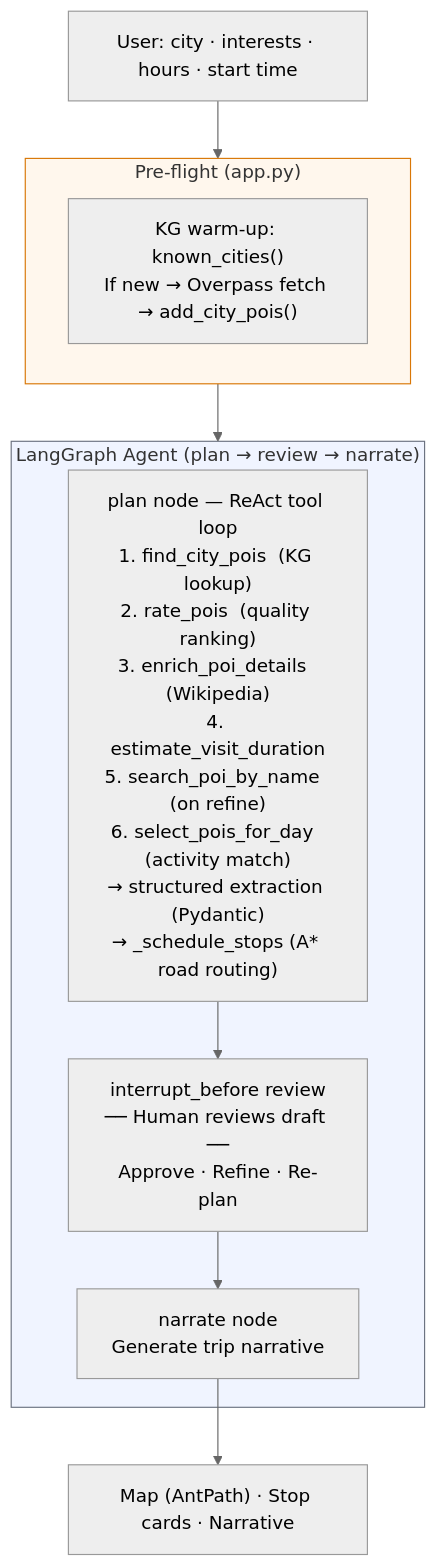
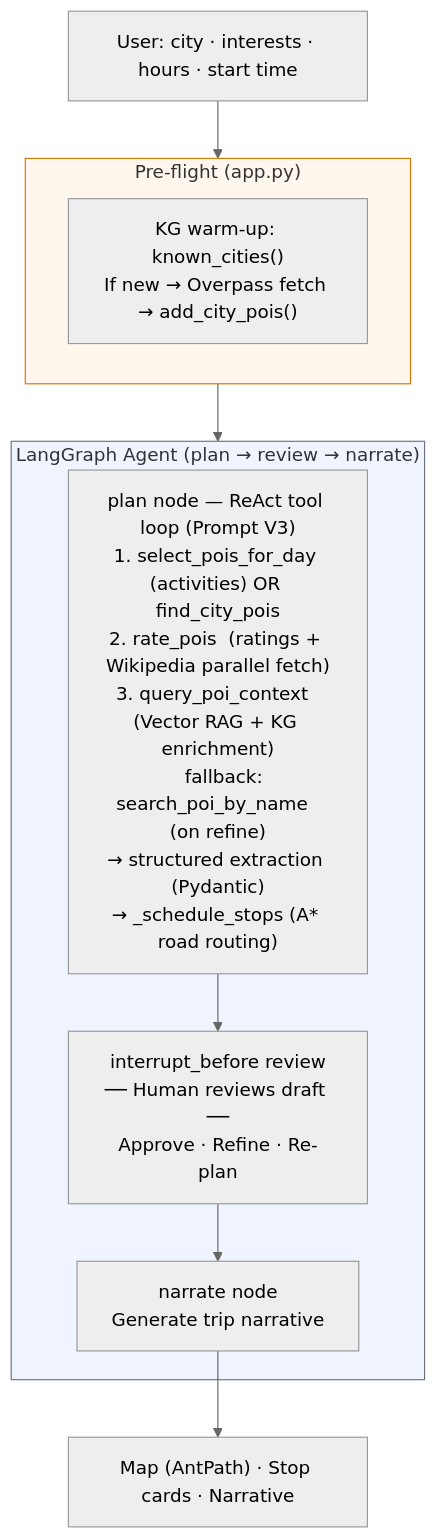
Before and after one commit to gayyaswa/routeiq: the first of 2 diagrams in README.md, drawn with Mermaid (neutral theme). The commit also changed other lines of this file and 74 other files, not shown here.

First line of the commit message:
feat: add query_poi_context tool + update README + fix factory default

````diff
--- a/README.md
+++ b/README.md
@@ -50,19 +52,19 @@
 ```mermaid
 flowchart TD
     U["User: city · interests · hours · start time"]
     subgraph Preflight ["Pre-flight (app.py)"]
         K["KG warm-up: known_cities()\nIf new → Overpass fetch → add_city_pois()"]
     end
     subgraph Agent ["LangGraph Agent (plan → review → narrate)"]
-        P["plan node — ReAct tool loop\n1. find_city_pois  (KG lookup)\n2. rate_pois  (quality ranking)\n3. enrich_poi_details  (Wikipedia)\n4. estimate_visit_duration\n5. search_poi_by_name  (on refine)\n6. select_pois_for_day  (activity match)\n→ structured extraction (Pydantic)\n→ _schedule_stops (A* road routing)"]
+        P["plan node — ReAct tool loop (Prompt V3)\n1. select_pois_for_day (activities) OR find_city_pois\n2. rate_pois  (ratings + Wikipedia parallel fetch)\n3. query_poi_context  (Vector RAG + KG enrichment)\n   fallback: search_poi_by_name  (on refine)\n→ structured extraction (Pydantic)\n→ _schedule_stops (A* road routing)"]
         H["interrupt_before review\n── Human reviews draft ──\nApprove · Refine · Re-plan"]
         N["narrate node\nGenerate trip narrative"]
     end
     UI["Map (AntPath) · Stop cards · Narrative"]
 
     U --> Preflight --> Agent
     P --> H --> N --> UI
 
     style Agent fill:#f0f4ff,stroke:#6b7280
     style Preflight fill:#fff7ed,stroke:#d97706
 ```
````
